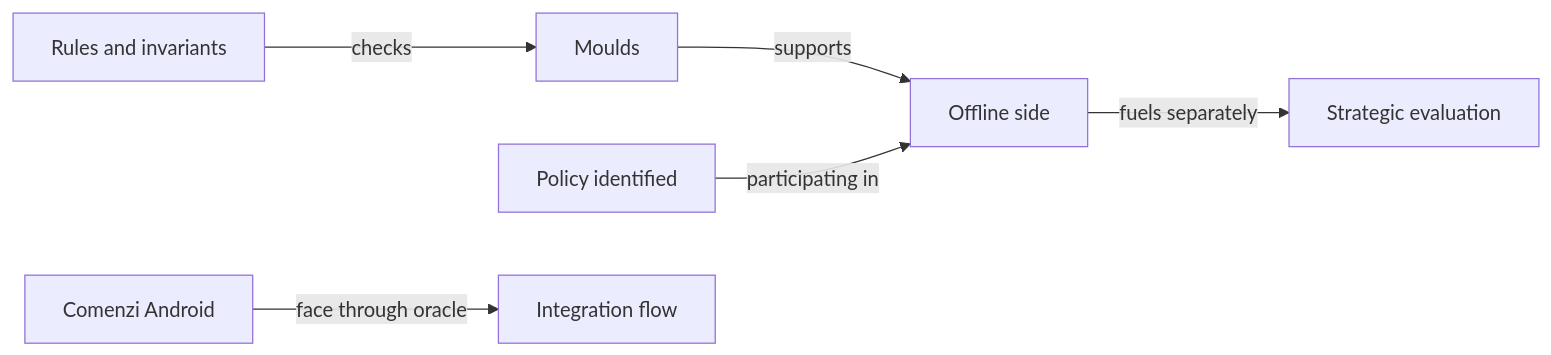
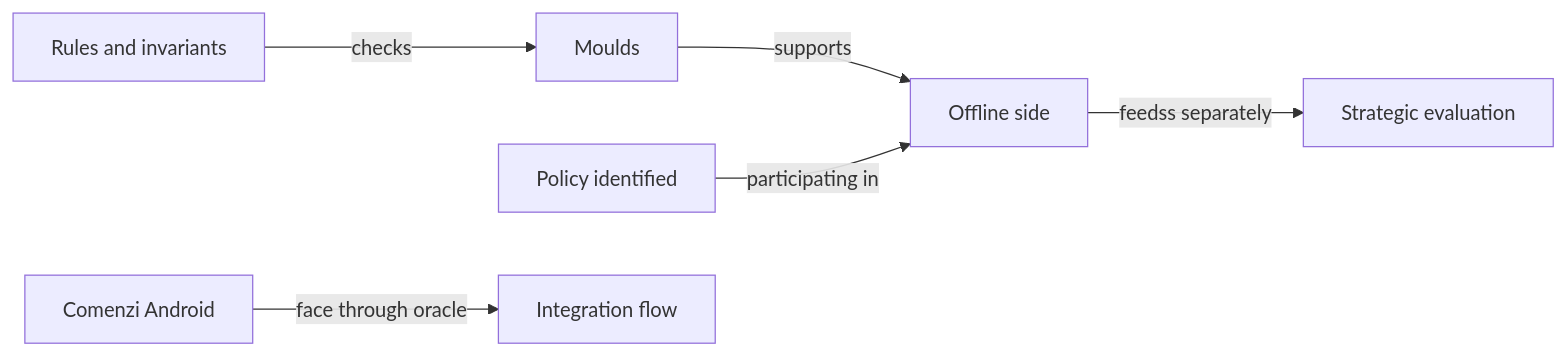
The diagram in docs/testing/ATF_Gameplay.md (crististefanita/atf_j4), drawn with Mermaid before and after one commit. The commit also changed other lines of this file and 84 other files, not shown here.

````diff
--- a/docs/testing/ATF_Gameplay.md
+++ b/docs/testing/ATF_Gameplay.md
@@ -9,8 +9,8 @@
 ```mermaid
 flowchart LR
     RULES[Rules and invariants] -->|checks| CORE[Moulds]
     CORE -->|supports| MATCH[Offline side]
     POLICY[Policy identified] -->|participating in| MATCH
-    MATCH -->|fuels separately| EVAL[Strategic evaluation]
+    MATCH -->|feedss separately| EVAL[Strategic evaluation]
     UI[Comenzi Android] -->|face through oracle| FLOW[Integration flow]
 ```
````
